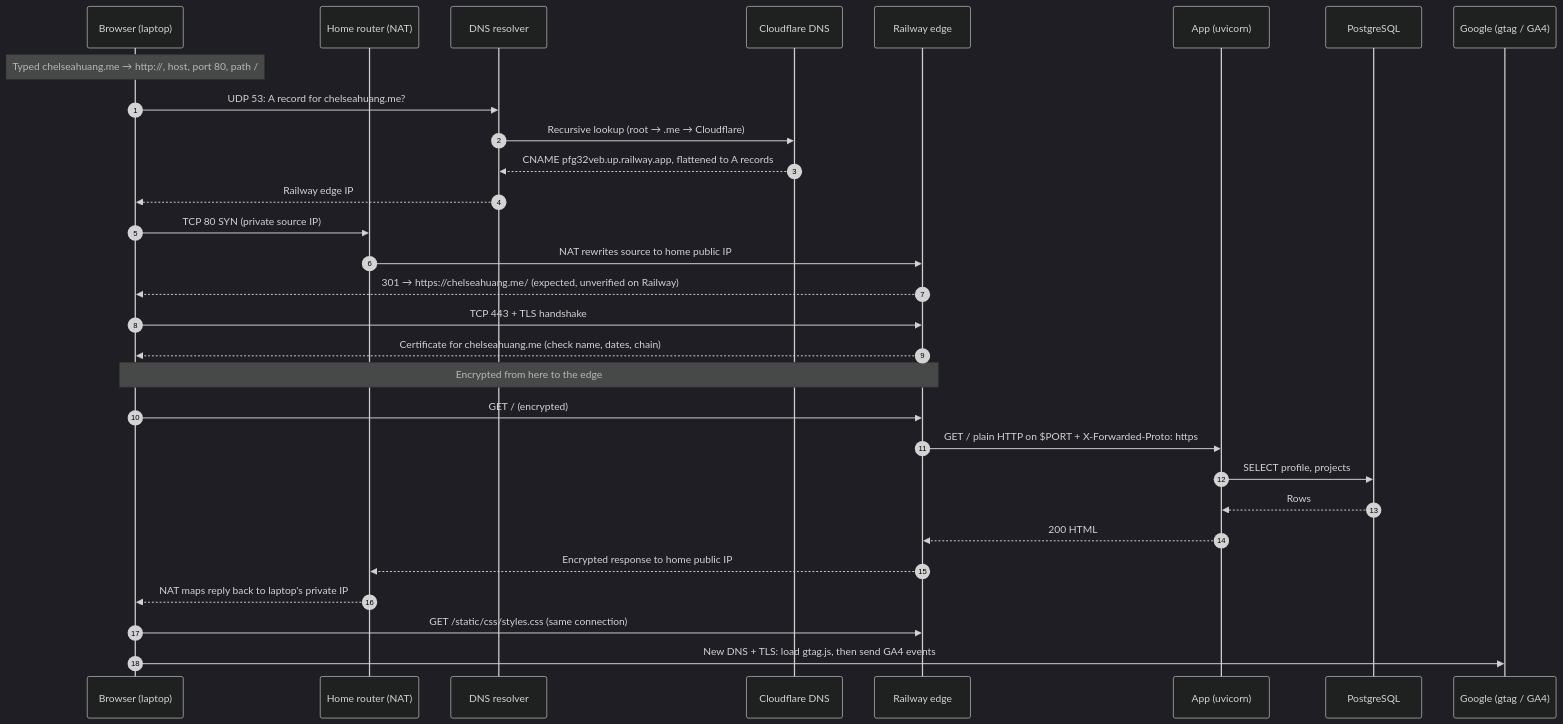
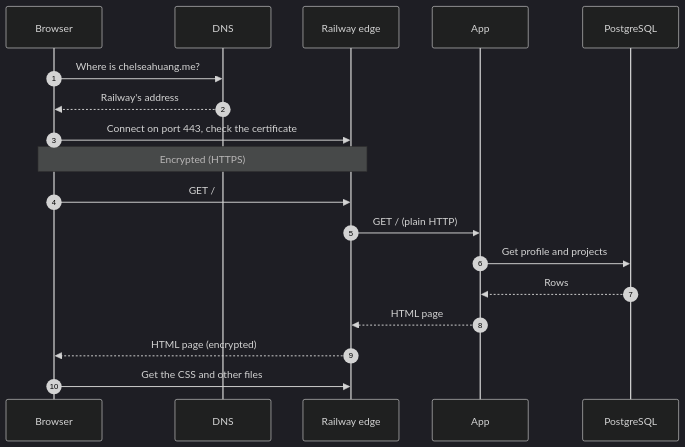
One commit to chelseahuang11/career-platform changed the second of 2 diagrams in docs/diagrams/request-path.md. Above: the diagram before and after it, drawn with Mermaid (dark theme). The commit also changed other lines of this file and 2 other files, not shown here.

Commit message:
Simplify the request path diagrams and add PNG exports

````diff
--- a/docs/diagrams/request-path.md
+++ b/docs/diagrams/request-path.md
@@ -41,33 +26,21 @@
 ```mermaid
 sequenceDiagram
   autonumber
-  participant B as Browser (laptop)
-  participant R as Home router (NAT)
-  participant D as DNS resolver
-  participant C as Cloudflare DNS
+  participant B as Browser
+  participant D as DNS
   participant E as Railway edge
-  participant A as App (uvicorn)
+  participant A as App
   participant P as PostgreSQL
-  participant G as Google (gtag / GA4)
 
-  Note over B: Typed chelseahuang.me → http://, host, port 80, path /
-  B->>D: UDP 53: A record for chelseahuang.me?
-  D->>C: Recursive lookup (root → .me → Cloudflare)
-  C-->>D: CNAME pfg32veb.up.railway.app, flattened to A records
-  D-->>B: Railway edge IP
-  B->>R: TCP 80 SYN (private source IP)
-  R->>E: NAT rewrites source to home public IP
-  E-->>B: 301 → https://chelseahuang.me/ (expected, unverified on Railway)
-  B->>E: TCP 443 + TLS handshake
-  E-->>B: Certificate for chelseahuang.me (check name, dates, chain)
-  Note over B,E: Encrypted from here to the edge
-  B->>E: GET / (encrypted)
-  E->>A: GET / plain HTTP on $PORT + X-Forwarded-Proto: https
-  A->>P: SELECT profile, projects
+  B->>D: Where is chelseahuang.me?
+  D-->>B: Railway's address
+  B->>E: Connect on port 443, check the certificate
+  Note over B,E: Encrypted (HTTPS)
+  B->>E: GET /
+  E->>A: GET / (plain HTTP)
+  A->>P: Get profile and projects
   P-->>A: Rows
-  A-->>E: 200 HTML
-  E-->>R: Encrypted response to home public IP
-  R-->>B: NAT maps reply back to laptop's private IP
-  B->>E: GET /static/css/styles.css (same connection)
-  B->>G: New DNS + TLS: load gtag.js, then send GA4 events
+  A-->>E: HTML page
+  E-->>B: HTML page (encrypted)
+  B->>E: Get the CSS and other files
 ```
````
